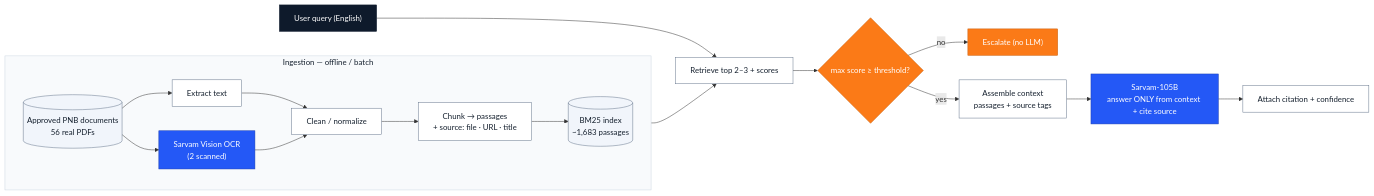
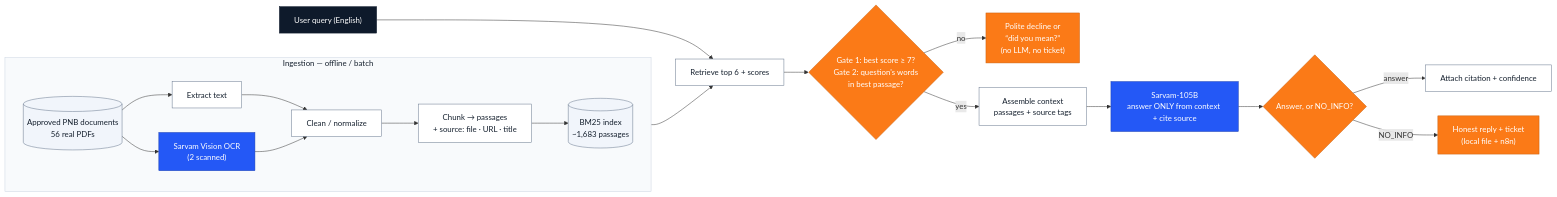
One commit to vihb09/pnb-sahayak changed the fourth of 6 diagrams in docs/architecture.md. Above: the diagram before and after it, drawn with Mermaid. The commit also changed other lines of this file and 8 other files, not shown here.

First line of the commit message:
Docs: bring diagrams, architecture doc, README and decks up to date

````diff
--- a/docs/architecture.md
+++ b/docs/architecture.md
@@ -211,35 +223,39 @@
 ```mermaid
 flowchart LR
     subgraph INGEST["Ingestion — offline / batch"]
         direction LR
         DOCS[("Approved PNB documents<br/>56 real PDFs")]:::store
         EXT["Extract text"]:::neutral
         OCR["Sarvam Vision OCR<br/>(2 scanned)"]:::sarvam
         CLEAN["Clean / normalize"]:::neutral
         CHUNK["Chunk → passages<br/>+ source: file · URL · title"]:::neutral
         IDX[("BM25 index<br/>~1,683 passages")]:::store
         DOCS --> EXT --> CLEAN
         DOCS --> OCR --> CLEAN
         CLEAN --> CHUNK --> IDX
     end
     Q["User query (English)"]:::app
-    RET["Retrieve top 2–3 + scores"]:::neutral
-    GATE{"max score ≥ threshold?"}:::decision
-    ESC["Escalate (no LLM)"]:::escalate
+    RET["Retrieve top 6 + scores"]:::neutral
+    GATE{"Gate 1: best score ≥ 7?<br/>Gate 2: question's words<br/>in best passage?"}:::decision
+    DEC["Polite decline or<br/>“did you mean?”<br/>(no LLM, no ticket)"]:::decision
     CTX["Assemble context<br/>passages + source tags"]:::neutral
     ANS["Sarvam-105B<br/>answer ONLY from context + cite source"]:::sarvam
+    CHK{"Answer, or NO_INFO?"}:::decision
     CITE["Attach citation + confidence"]:::neutral
+    ESC["Honest reply + ticket<br/>(local file + n8n)"]:::escalate
 
     IDX --> RET
     Q --> RET --> GATE
-    GATE -->|no| ESC
-    GATE -->|yes| CTX --> ANS --> CITE
+    GATE -->|no| DEC
+    GATE -->|yes| CTX --> ANS --> CHK
+    CHK -->|answer| CITE
+    CHK -->|NO_INFO| ESC
 
     classDef app fill:#0E1A2B,stroke:#0E1A2B,color:#ffffff;
     classDef sarvam fill:#2458F6,stroke:#1B3FB0,color:#ffffff;
     classDef decision fill:#FB7A17,stroke:#C85F0E,color:#ffffff;
     classDef escalate fill:#FB7A17,stroke:#C85F0E,color:#ffffff;
     classDef neutral fill:#FFFFFF,stroke:#64748B,color:#15202E;
     classDef store fill:#F1F5FB,stroke:#64748B,color:#15202E;
     style INGEST fill:#F8FAFC,stroke:#CBD5E1,color:#15202E
 ```
````
